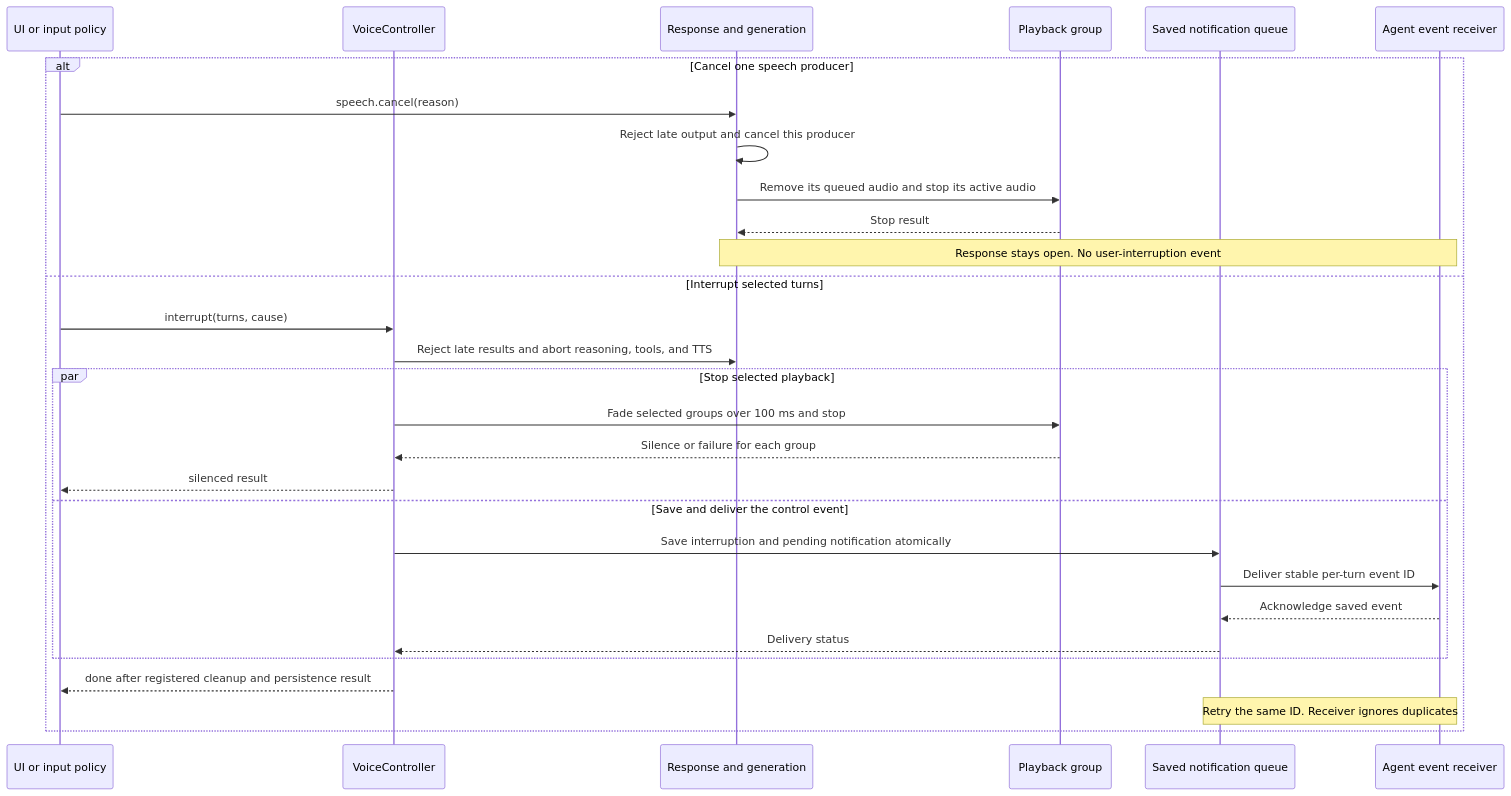
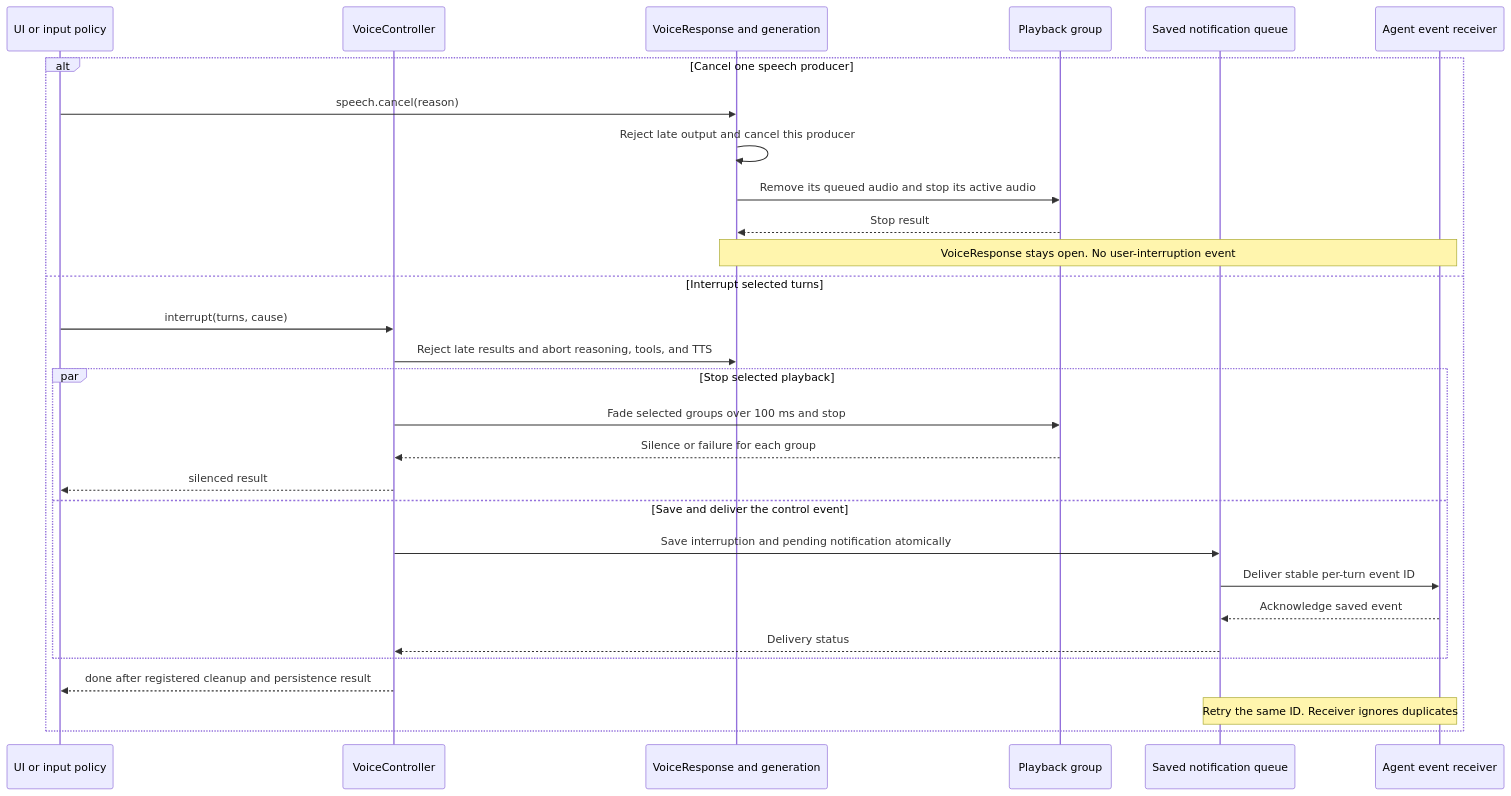
Before and after one commit to moeru-ai/airi: the fourth of 7 diagrams in docs/ai/adr/2026-09-30-voice-controller-extensions.md, drawn with Mermaid. The commit also changed other lines of this file and 10 other files, not shown here.

````diff
--- a/docs/ai/adr/2026-09-30-voice-controller-extensions.md
+++ b/docs/ai/adr/2026-09-30-voice-controller-extensions.md
@@ -272,32 +271,32 @@
 ```mermaid
 sequenceDiagram
   participant Control as UI or input policy
   participant Voice as VoiceController
-  participant Work as Response and generation
+  participant Work as VoiceResponse and generation
   participant Playback as Playback group
   participant Events as Saved notification queue
   participant Agent as Agent event receiver
 
   alt Cancel one speech producer
     Control->>Work: speech.cancel(reason)
     Work->>Work: Reject late output and cancel this producer
     Work->>Playback: Remove its queued audio and stop its active audio
     Playback-->>Work: Stop result
-    Note over Work,Agent: Response stays open. No user-interruption event
+    Note over Work,Agent: VoiceResponse stays open. No user-interruption event
   else Interrupt selected turns
     Control->>Voice: interrupt(turns, cause)
     Voice->>Work: Reject late results and abort reasoning, tools, and TTS
     par Stop selected playback
       Voice->>Playback: Fade selected groups over 100 ms and stop
       Playback-->>Voice: Silence or failure for each group
       Voice-->>Control: silenced result
     and Save and deliver the control event
       Voice->>Events: Save interruption and pending notification atomically
       Events->>Agent: Deliver stable per-turn event ID
       Agent-->>Events: Acknowledge saved event
       Events-->>Voice: Delivery status
     end
     Voice-->>Control: done after registered cleanup and persistence result
     Note over Events,Agent: Retry the same ID. Receiver ignores duplicates
   end
 ```
````
